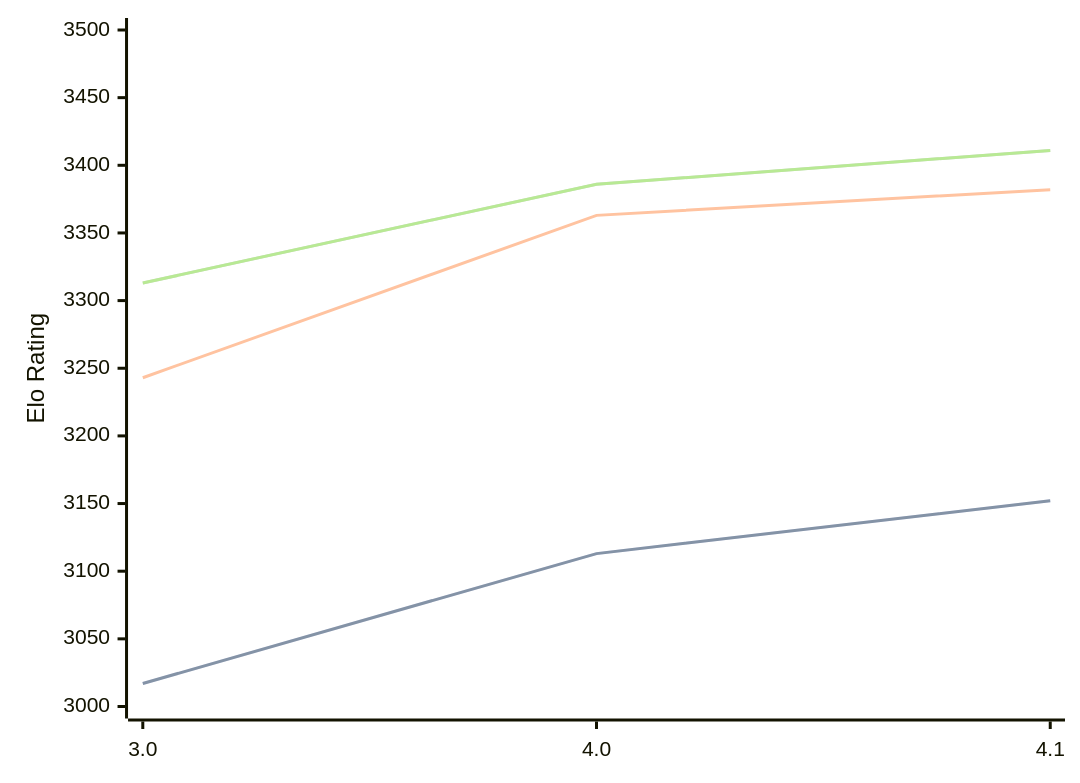
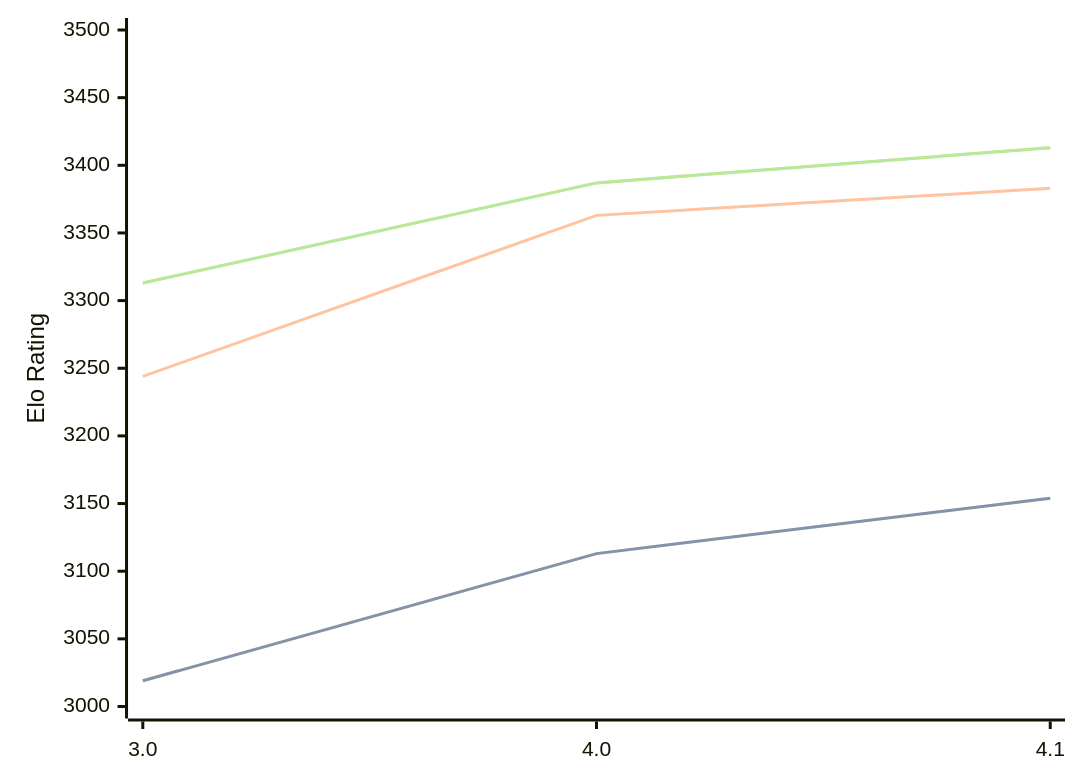
One commit to computer-chess-index/cci changed the diagram in engines/Eleanor.md. Above: the diagram before and after it, drawn with Mermaid. The commit also changed other lines of this file, not shown here.

Commit message:
Update CCI Ratings (ELO VLTC) - 2026-07-31

````diff
--- a/engines/Eleanor.md
+++ b/engines/Eleanor.md
@@ -35,11 +35,11 @@
 ```mermaid
 %%{init: {"theme":"base","themeVariables":{"seriesColors:['#a3a3a3','#222221','#faa371']}}}%%
 xychart-beta
   x-axis ["3.0", "4.0", "4.1"]
   y-axis "Elo Rating" 3000 --> 3500
-  line "STC (8.0+0.08s)" [3017, 3113, 3152]
-  line "STC (8.0+0.08s)" [3017, 3113, 3152]
-  line "LTC (60.0+0.60s)" [3243, 3363, 3382]
-  line "VLTC (2m24s+1.12s)" [3313, 3386, 3411]
-  line "VLTC (2m24s+1.12s)" [3313, 3386, 3411]
+  line "STC (8.0+0.08s)" [3019, 3113, 3154]
+  line "STC (8.0+0.08s)" [3019, 3113, 3154]
+  line "LTC (60.0+0.60s)" [3244, 3363, 3383]
+  line "VLTC (2m24s+1.12s)" [3313, 3387, 3413]
+  line "VLTC (2m24s+1.12s)" [3313, 3387, 3413]
 ```
````
